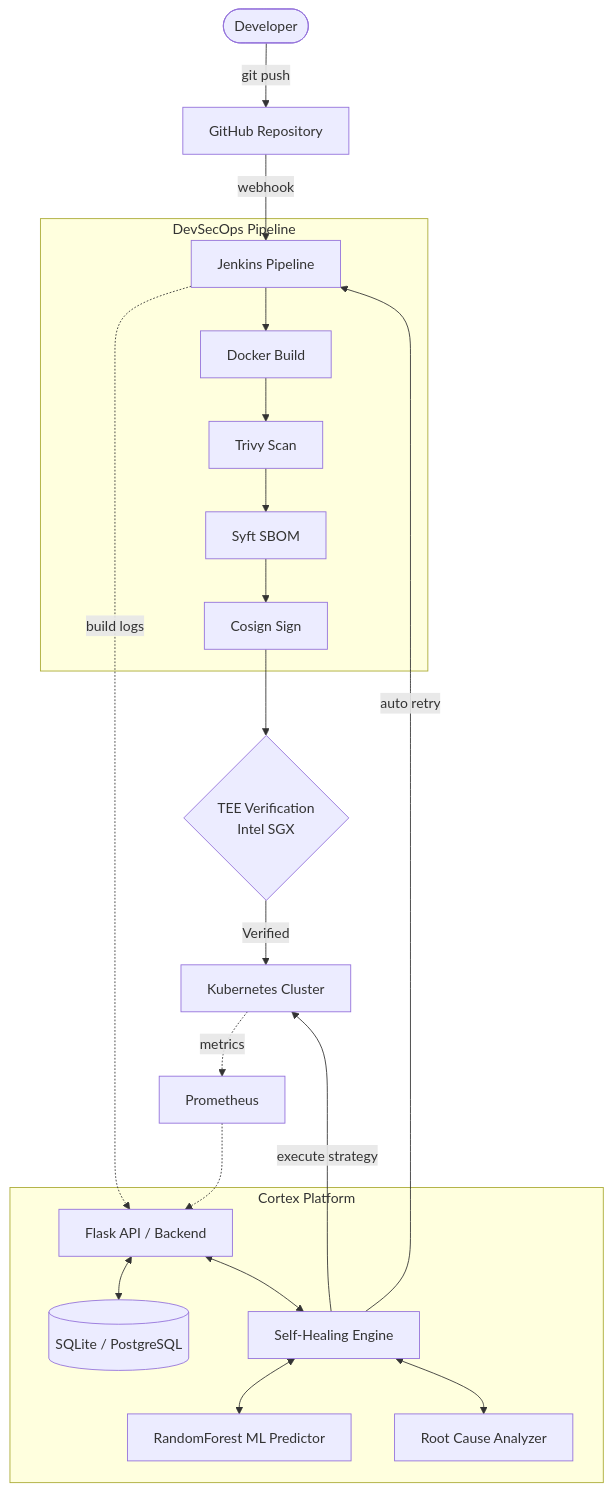
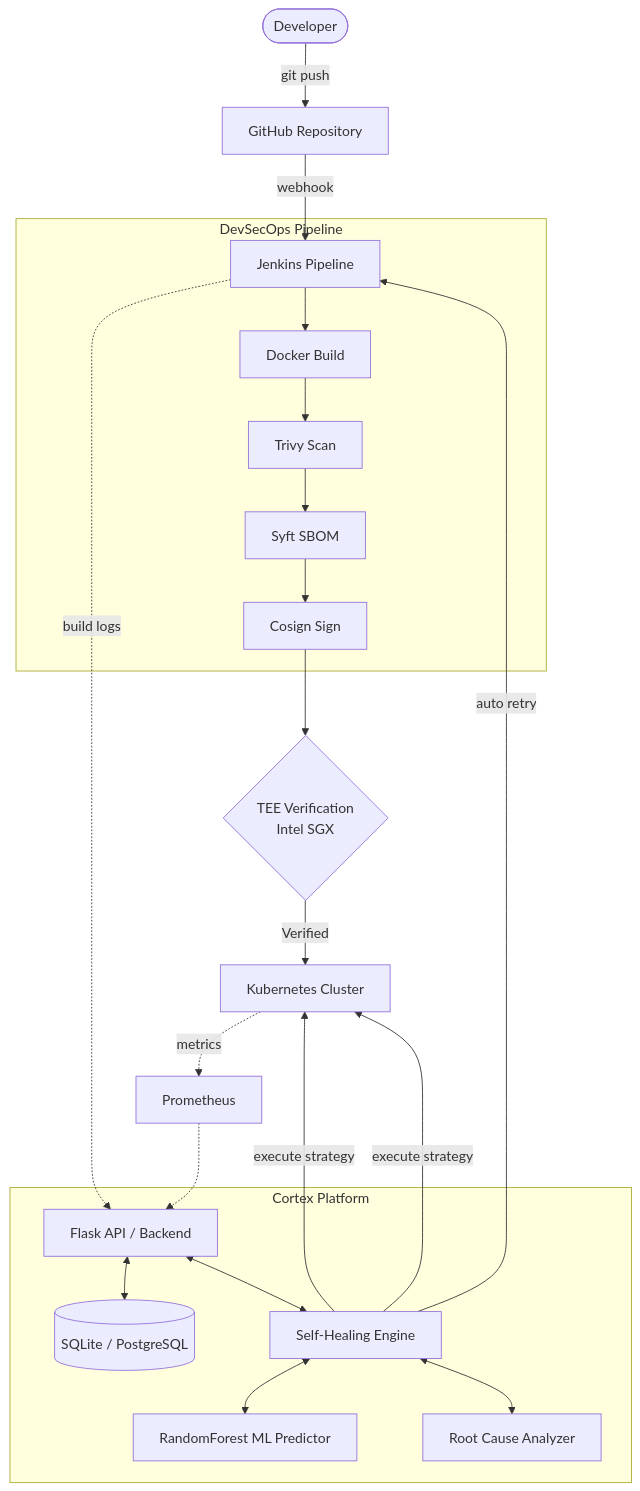
One commit to Nehal848/cortex-CICD changed the first of 4 diagrams in README.md. Above: the diagram before and after it, drawn with Mermaid. The commit also changed other lines of this file and 87 other files, not shown here.

````diff
--- a/README.md
+++ b/README.md
@@ -37,35 +43,36 @@
 ```mermaid
 graph TD
     Developer([Developer]) -->|git push| GitHub[GitHub Repository]
     GitHub -->|webhook| Jenkins[Jenkins Pipeline]
     
     subgraph DevSecOps Pipeline
         Jenkins --> Docker[Docker Build]
         Docker --> Trivy[Trivy Scan]
         Trivy --> Syft[Syft SBOM]
         Syft --> Cosign[Cosign Sign]
     end
     
     Cosign --> TEE{TEE Verification\nIntel SGX}
     TEE -->|Verified| K8s[Kubernetes Cluster]
     
     subgraph Cortex Platform
         API[Flask API / Backend]
         DB[(SQLite / PostgreSQL)]
         Engine[Self-Healing Engine]
         ML[RandomForest ML Predictor]
         RCA[Root Cause Analyzer]
         
         API <--> DB
         API <--> Engine
         Engine <--> ML
         Engine <--> RCA
     end
     
     K8s -.->|metrics| Prometheus[Prometheus]
     Jenkins -.->|build logs| API
     Prometheus -.-> API
     
     Engine -->|execute strategy| K8s
+    Engine -->|execute strategy| K8s
     Engine -->|auto retry| Jenkins
 ```
````
